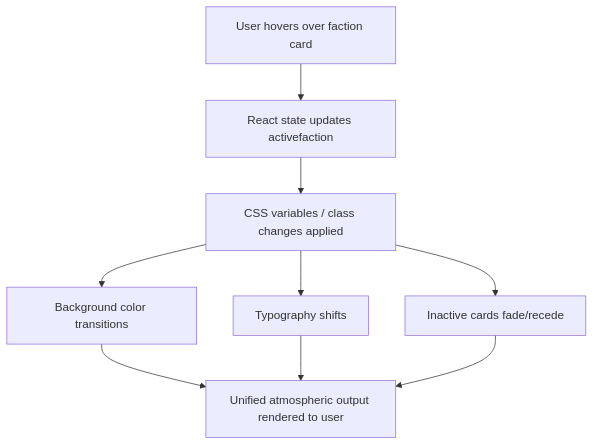
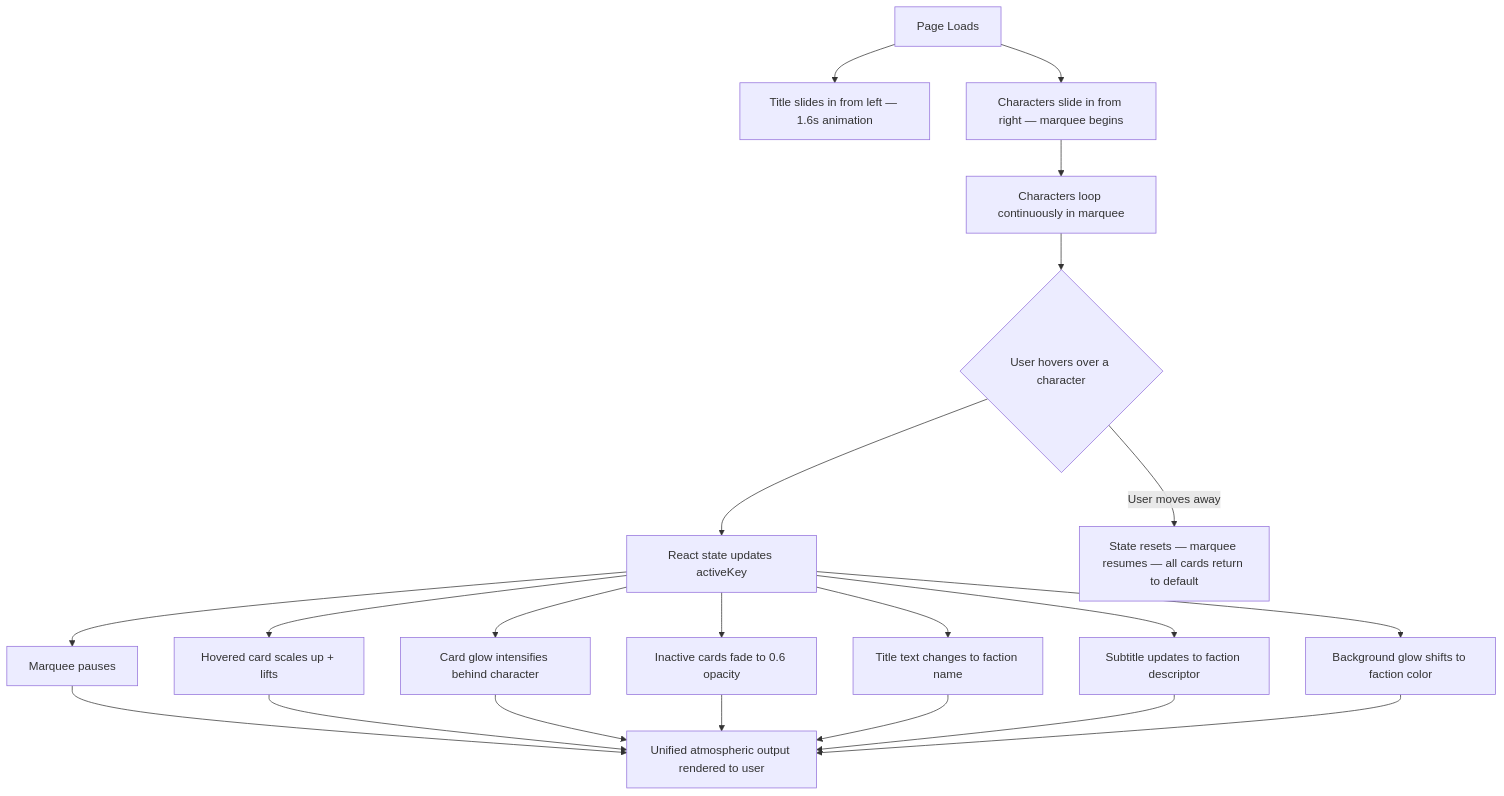
One commit to emihsu0510/CharacterSelectScreen changed the diagram in README.md. Above: the diagram before and after it, drawn with Mermaid.

````diff
--- a/README.md
+++ b/README.md
@@ -64,9 +64,20 @@
 ```mermaid
 flowchart TD
-    A[User hovers over faction card] --> B[React state updates activefaction]
-    B --> C[CSS variables / class changes applied]
-    C --> D[Background color transitions]
-    C --> E[Typography shifts]
-    C --> F[Inactive cards fade/recede]
-    D & E & F --> G[Unified atmospheric output rendered to user]
+    A[Page Loads] --> B[Title slides in from left — 1.6s animation]
+    A --> C[Characters slide in from right — marquee begins]
+    C --> D[Characters loop continuously in marquee]
+
+    D --> E{User hovers over a character}
+    E --> F[React state updates activeKey]
+    F --> G[Marquee pauses]
+    F --> H[Hovered card scales up + lifts]
+    F --> I[Card glow intensifies behind character]
+    F --> J[Inactive cards fade to 0.6 opacity]
+    F --> K[Title text changes to faction name]
+    F --> L[Subtitle updates to faction descriptor]
+    F --> M[Background glow shifts to faction color]
+
+    G & H & I & J & K & L & M --> N[Unified atmospheric output rendered to user]
+
+    E --> |User moves away| O[State resets — marquee resumes — all cards return to default]
 ```
````
